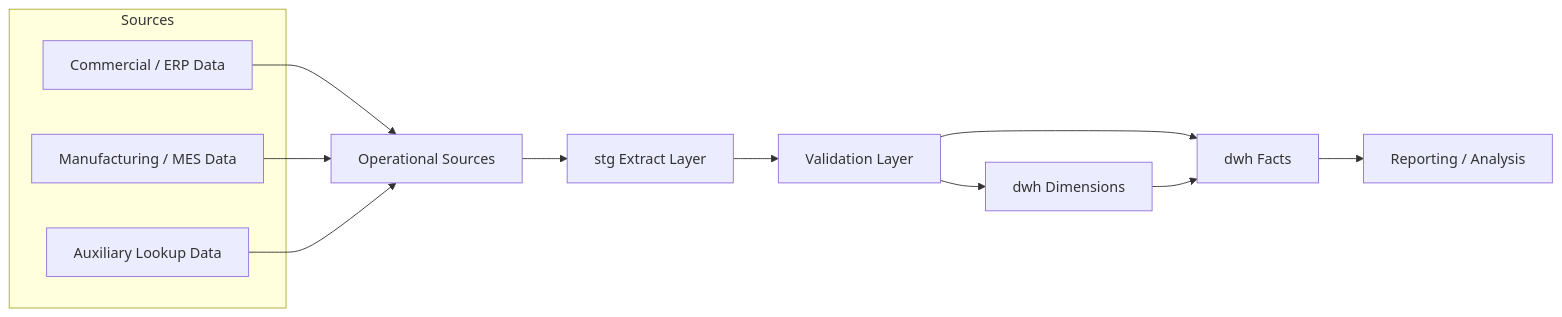
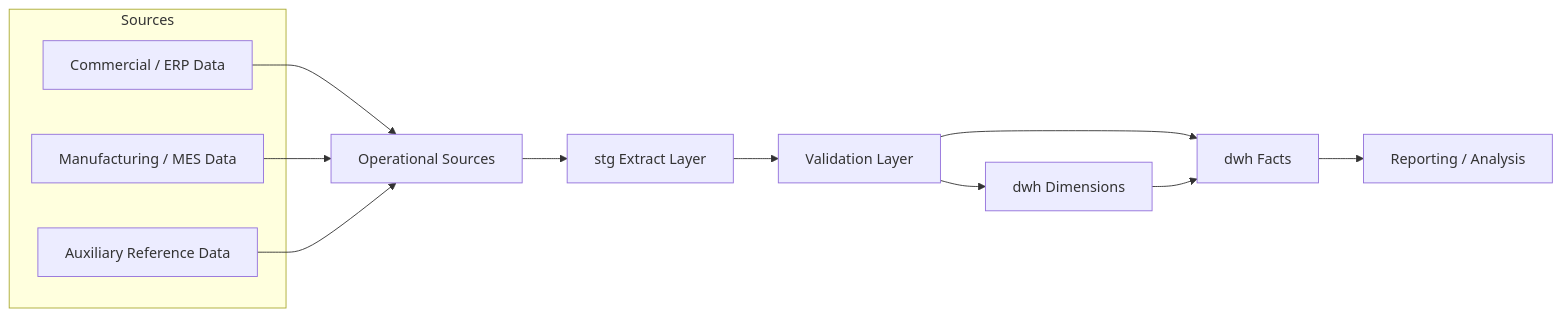
The first of 2 diagrams in README.md (mat7039/sql-server-manufacturing-dwh-case-study), drawn with Mermaid before and after one commit. The commit also changed other lines of this file, not shown here.

````diff
--- a/README.md
+++ b/README.md
@@ -75,19 +75,19 @@
 ```mermaid
 flowchart LR
     A["Operational Sources"] --> B["stg Extract Layer"]
     B --> C["Validation Layer"]
     C --> D["dwh Dimensions"]
     C --> E["dwh Facts"]
     D --> E
     E --> F["Reporting / Analysis"]
 
     subgraph Sources
         A1["Commercial / ERP Data"]
         A2["Manufacturing / MES Data"]
-        A3["Auxiliary Lookup Data"]
+        A3["Auxiliary Reference Data"]
     end
 
     A1 --> A
     A2 --> A
     A3 --> A
 ```
````
